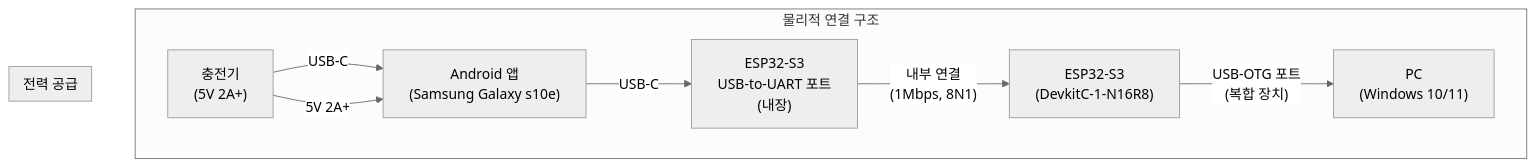
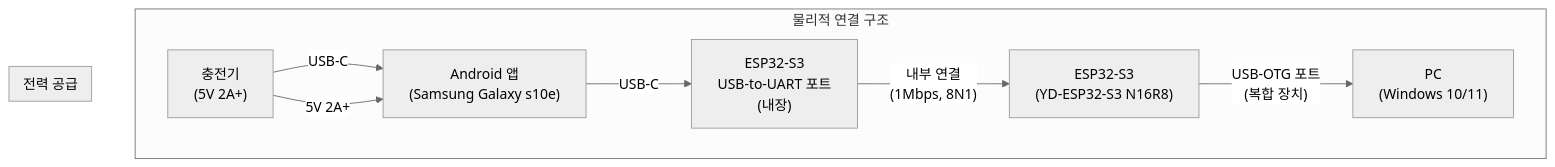
One commit to sq4567/BridgeOne changed the first of 2 diagrams in docs/technical-specification.md. Above: the diagram before and after it, drawn with Mermaid (neutral theme). The commit also changed other lines of this file and 8 other files, not shown here.

First line of the commit message:
docs: 보드 통합 - DevkitC-1 제거, YD-ESP32-S3만 유지

````diff
--- a/docs/technical-specification.md
+++ b/docs/technical-specification.md
@@ -39,13 +39,13 @@
 ```mermaid
 graph TD
     subgraph "물리적 연결 구조"
         Android_App["Android 앱<br/>(Samsung Galaxy s10e)"] -- "USB-C" --> ESP32_S3_UART["ESP32-S3<br/>USB-to-UART 포트<br/>(내장)"]
-        ESP32_S3_UART -- "내부 연결<br/>(1Mbps, 8N1)" --> ESP32_S3["ESP32-S3<br/>(DevkitC-1-N16R8)"]
+        ESP32_S3_UART -- "내부 연결<br/>(1Mbps, 8N1)" --> ESP32_S3["ESP32-S3<br/>(YD-ESP32-S3 N16R8)"]
         ESP32_S3 -- "USB-OTG 포트<br/>(복합 장치)" --> PC["PC<br/>(Windows 10/11)"]
         Charger["충전기<br/>(5V 2A+)"] -- "USB-C" --> Android_App
     end
     
     subgraph "전력 공급"
         Charger -- "5V 2A+" --> Android_App
     end
 ```
````
